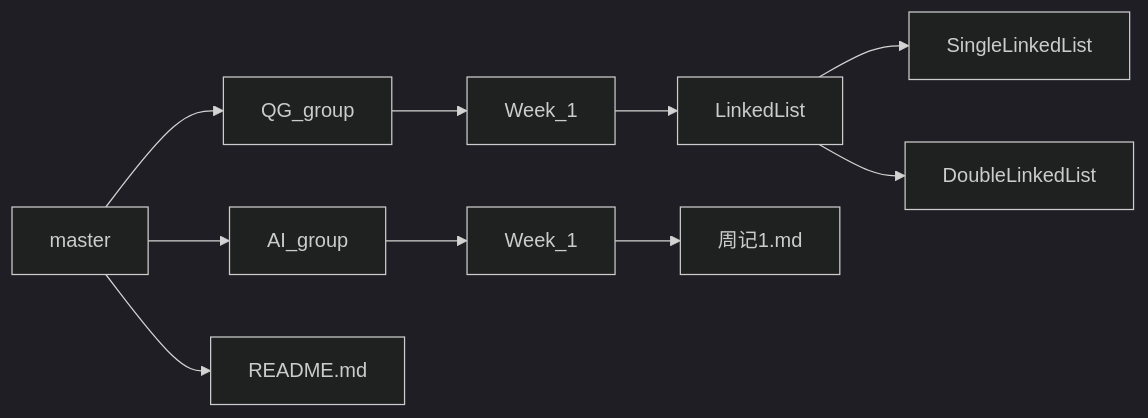
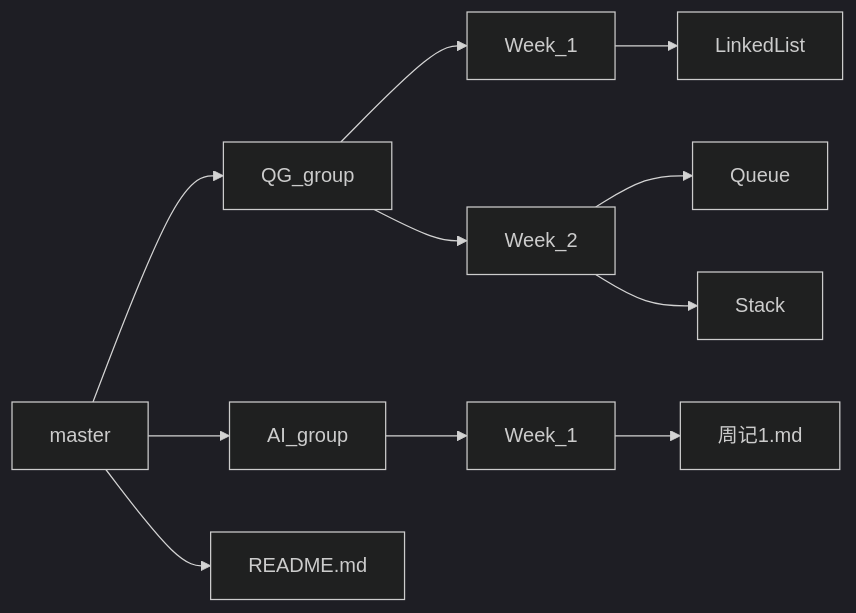
The diagram in README.md (sevanthea7/QG_training_camp), drawn with Mermaid (dark theme) before and after one commit.

````diff
--- a/README.md
+++ b/README.md
@@ -1,12 +1,13 @@
 ```mermaid
 graph LR
 master --> QG_group
 master --> AI_group
 master --> README.md
 QG_group --> 1[Week_1]
+QG_group --> Week_2
+Week_2 --> Queue
+Week_2 --> Stack
 1[Week_1] --> LinkedList
-LinkedList --> SingleLinkedList
-LinkedList --> DoubleLinkedList
 AI_group --> 2[Week_1]
 2[Week_1] --> 周记1.md
 ```
````
